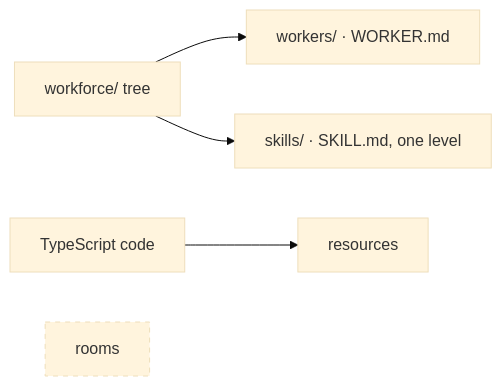
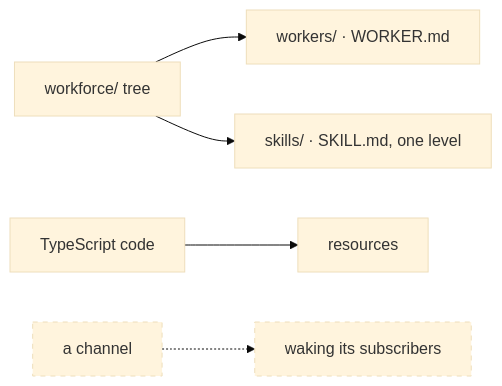
The first of 3 diagrams in spec/_epics/file-convention-surface.explainer.md (fixpoint-labs/flow-state-dev), drawn with Mermaid (base theme) before and after one commit. The commit also changed other lines of this file and 1 other file, not shown here.

First line of the commit message:
spec(epic): the board door joins the floor, and a room is a channel (FIX-1351)

````diff
--- a/spec/_epics/file-convention-surface.explainer.md
+++ b/spec/_epics/file-convention-surface.explainer.md
@@ -11,9 +11,10 @@
 ```mermaid
 flowchart LR
   TREE["workforce/ tree"] --> W["workers/ · WORKER.md"]
   TREE --> SK["skills/ · SKILL.md, one level"]
   CODE["TypeScript code"] --> RES["resources"]
-  R["rooms"]
+  CH["a channel"]
+  CH -.-> BOARD["waking its subscribers"]
   classDef none stroke-dasharray:5 5
-  class R none
+  class CH,BOARD none
 ```
````
